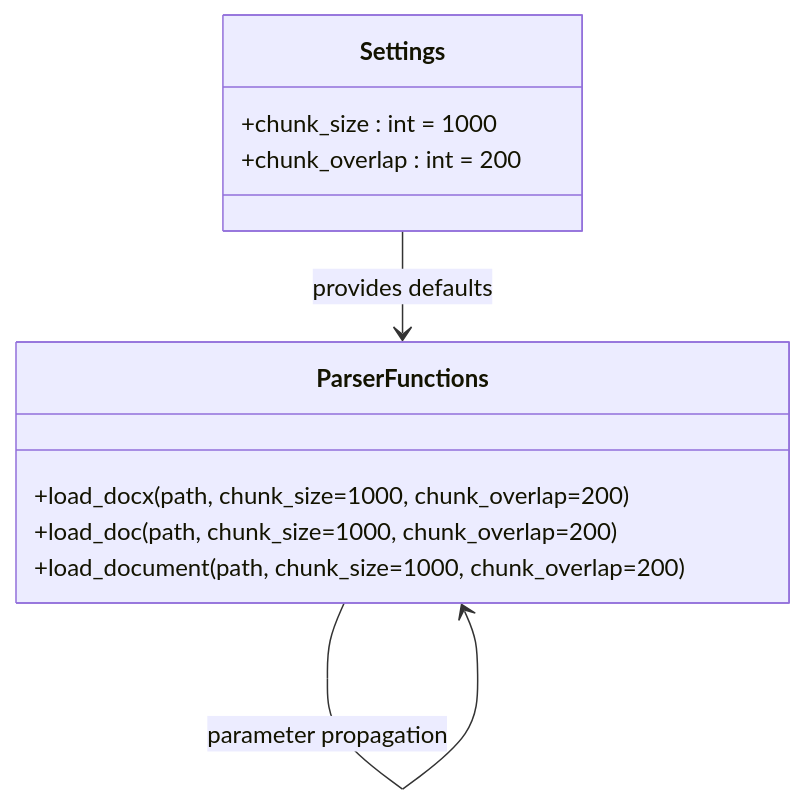
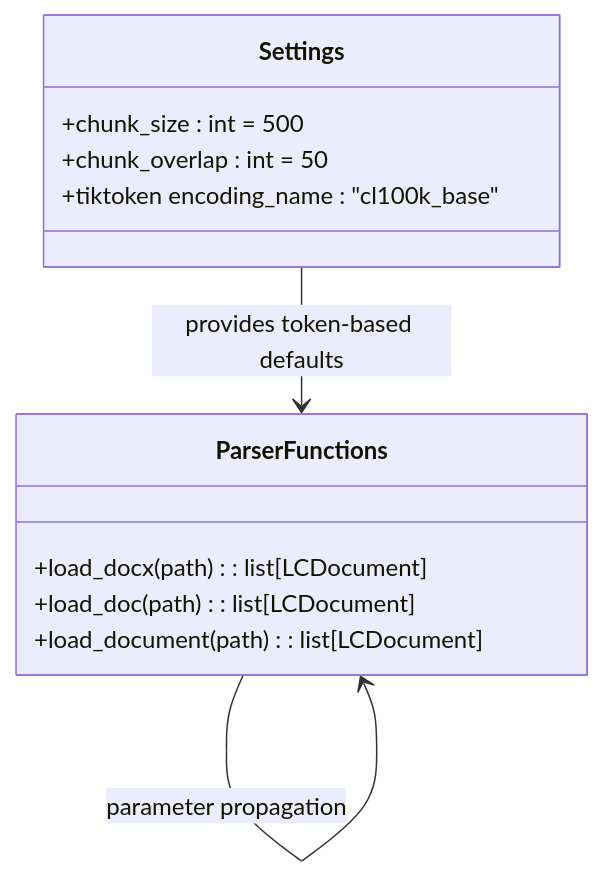
The sixth of 13 diagrams in .qoder/repowiki/en/content/RAG Integration/RAG Parser Enhancement.md (ognelis/cafetera_hr_bot), drawn with Mermaid before and after one commit. The commit also changed other lines of this file and 8 other files, not shown here.

````diff
--- a/.qoder/repowiki/en/content/RAG Integration/RAG Parser Enhancement.md
+++ b/.qoder/repowiki/en/content/RAG Integration/RAG Parser Enhancement.md
@@ -299,14 +293,15 @@
 ```mermaid
 classDiagram
 class Settings {
-+chunk_size : int = 1000
-+chunk_overlap : int = 200
++chunk_size : int = 500
++chunk_overlap : int = 50
++tiktoken encoding_name : "cl100k_base"
 }
 class ParserFunctions {
-+load_docx(path, chunk_size=1000, chunk_overlap=200)
-+load_doc(path, chunk_size=1000, chunk_overlap=200)
-+load_document(path, chunk_size=1000, chunk_overlap=200)
++load_docx(path) : list[LCDocument]
++load_doc(path) : list[LCDocument]
++load_document(path) : list[LCDocument]
 }
-Settings --> ParserFunctions : provides defaults
+Settings --> ParserFunctions : provides token-based defaults
 ParserFunctions --> ParserFunctions : parameter propagation
 ```
````
